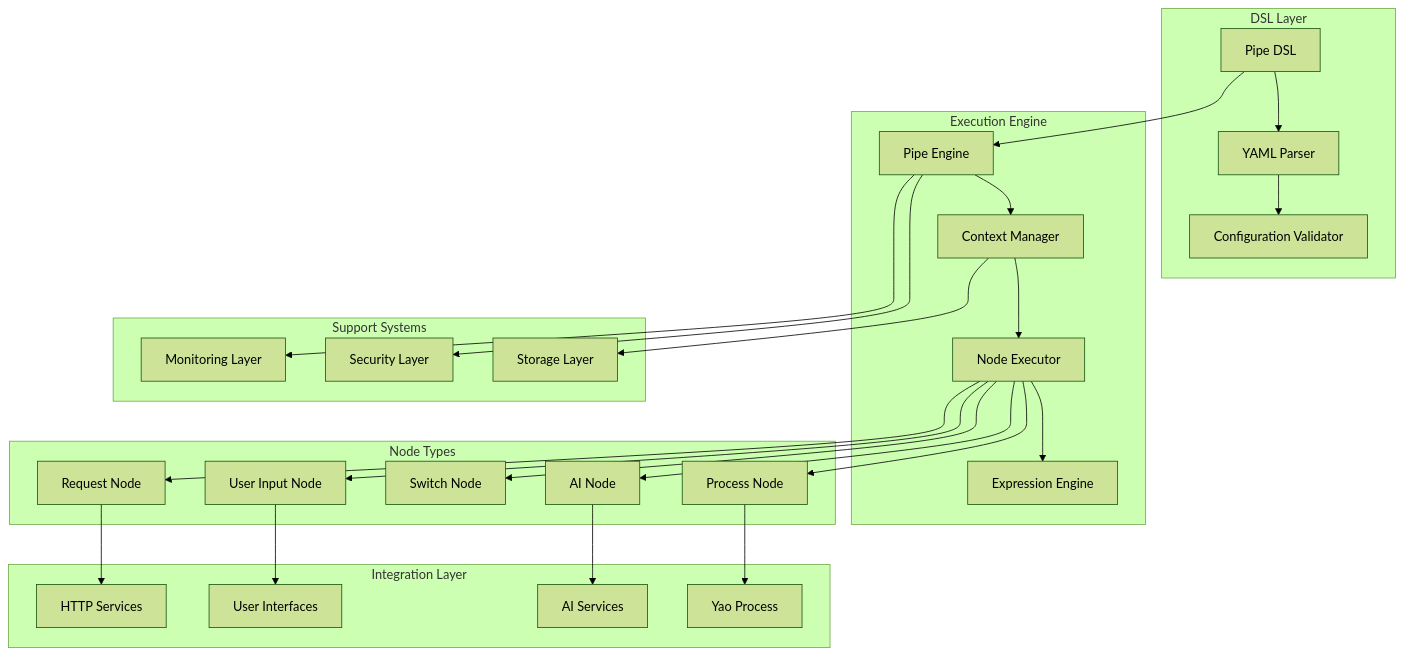
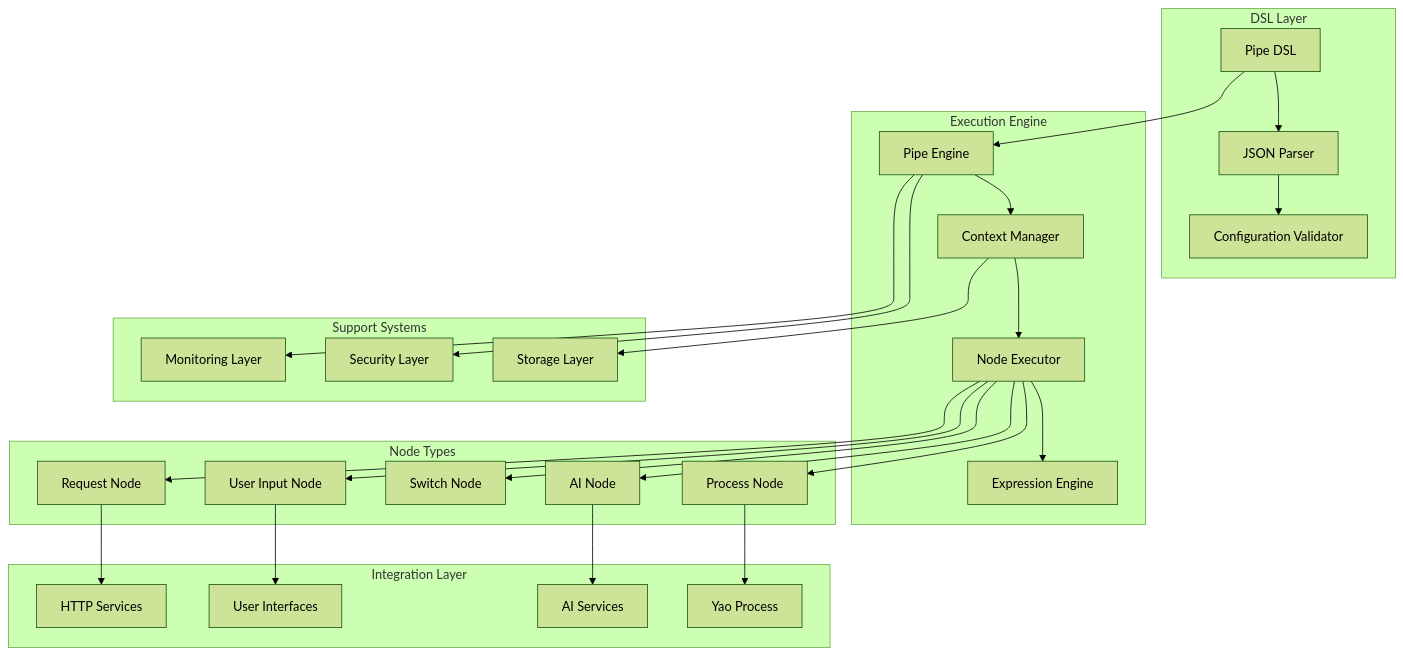
The first of 21 diagrams in docs/YaoDSL/Pipe/architecture.md (wwsheng009/yao-docs), drawn with Mermaid (forest theme) before and after one commit. The commit also changed 108 other files, not shown here.

````diff
--- a/docs/YaoDSL/Pipe/architecture.md
+++ b/docs/YaoDSL/Pipe/architecture.md
@@ -7,50 +7,50 @@
 ```mermaid
 graph TB
     subgraph "DSL Layer"
-        A[Pipe DSL] --> B[YAML Parser]
+        A[Pipe DSL] --> B[JSON Parser]
         B --> C[Configuration Validator]
     end
 
     subgraph "Execution Engine"
         D[Pipe Engine] --> E[Context Manager]
         E --> F[Node Executor]
         F --> G[Expression Engine]
     end
 
     subgraph "Node Types"
         H[Process Node]
         I[AI Node]
         J[Switch Node]
         K[User Input Node]
         L[Request Node]
     end
 
     subgraph "Integration Layer"
         M[Yao Process]
         N[AI Services]
         O[User Interfaces]
         P[HTTP Services]
     end
 
     subgraph "Support Systems"
         Q[Security Layer]
         R[Storage Layer]
         S[Monitoring Layer]
     end
 
     A --> D
     F --> H
     F --> I
     F --> J
     F --> K
     F --> L
 
     H --> M
     I --> N
     K --> O
     L --> P
 
     D --> Q
     E --> R
     D --> S
 ```
````
